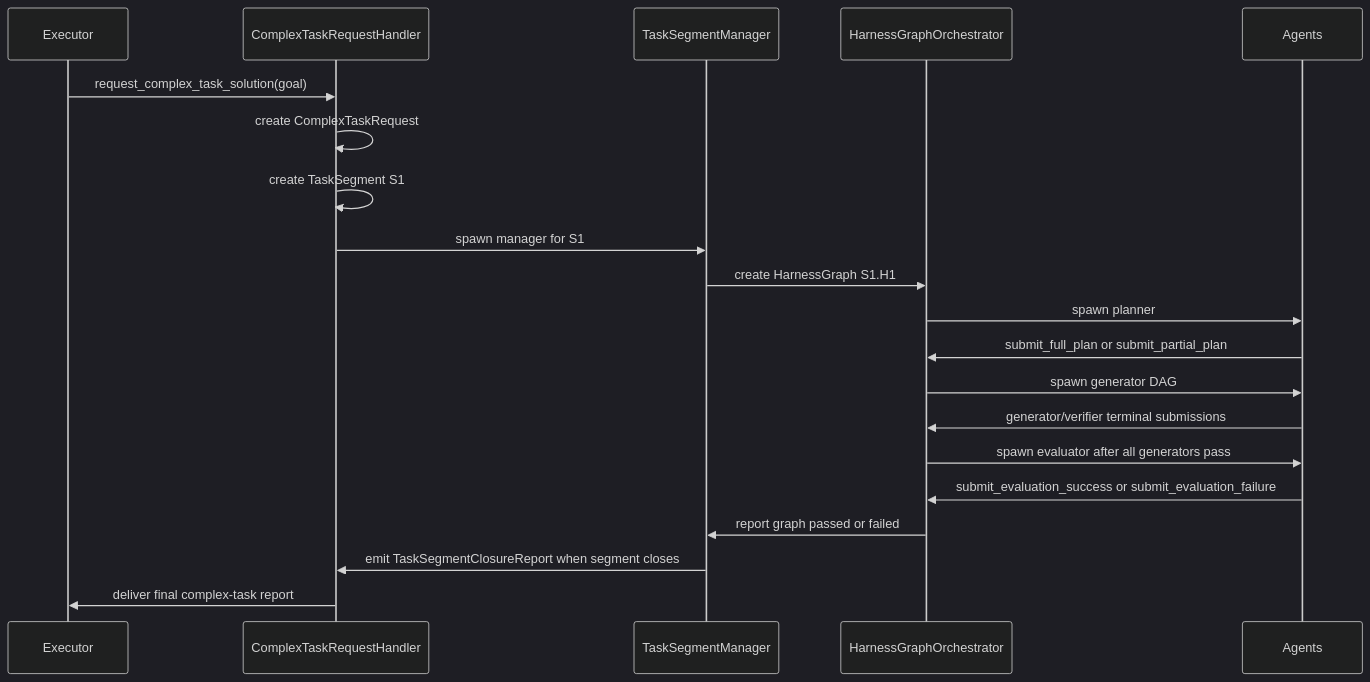
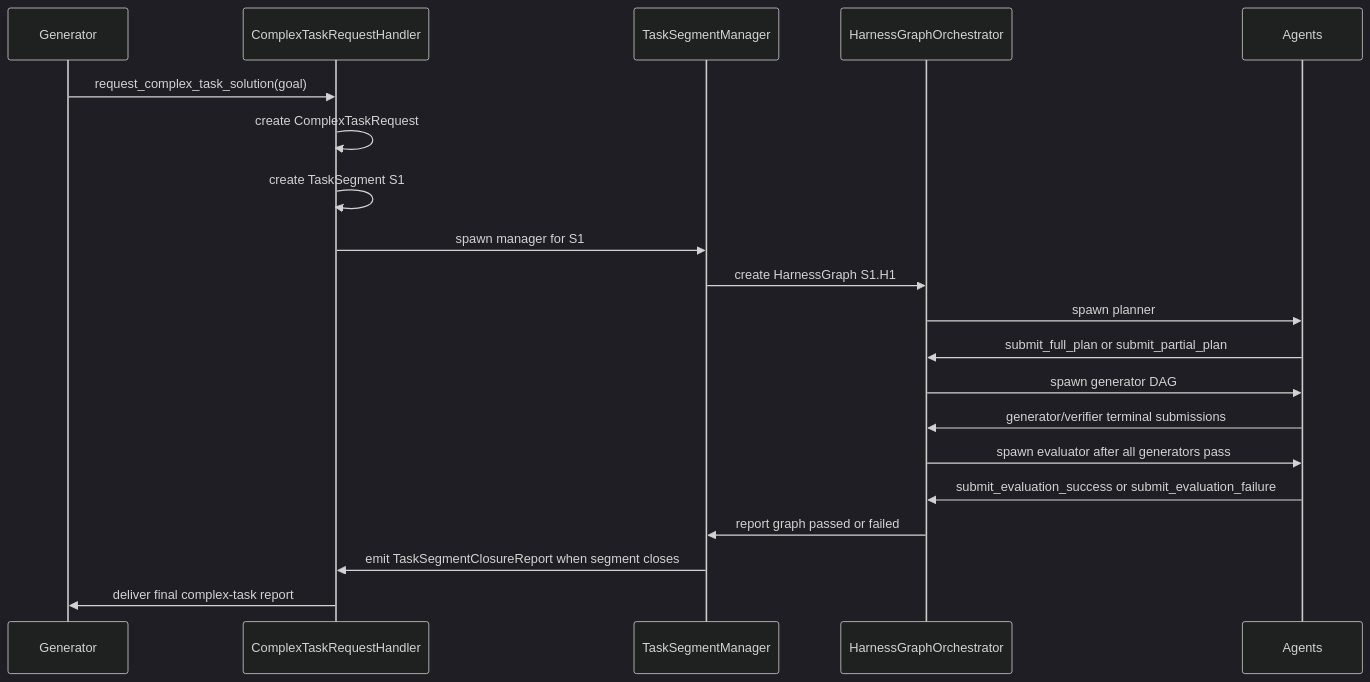
Before and after one commit to Ephemeral-AI-Lab/ephemeral-os: the second of 9 diagrams in docs/architecture/task-center-harness-migration/complex-task-workflow-overview.md, drawn with Mermaid (dark theme). The commit also changed other lines of this file and 25 other files, not shown here.

````diff
--- a/docs/architecture/task-center-harness-migration/complex-task-workflow-overview.md
+++ b/docs/architecture/task-center-harness-migration/complex-task-workflow-overview.md
@@ -54,23 +54,23 @@
 ```mermaid
 sequenceDiagram
-    participant E as Executor
+    participant E as Generator
     participant R as ComplexTaskRequestHandler
     participant S as TaskSegmentManager
     participant H as HarnessGraphOrchestrator
     participant A as Agents
 
     E->>R: request_complex_task_solution(goal)
     R->>R: create ComplexTaskRequest
     R->>R: create TaskSegment S1
     R->>S: spawn manager for S1
     S->>H: create HarnessGraph S1.H1
     H->>A: spawn planner
     A->>H: submit_full_plan or submit_partial_plan
     H->>A: spawn generator DAG
     A->>H: generator/verifier terminal submissions
     H->>A: spawn evaluator after all generators pass
     A->>H: submit_evaluation_success or submit_evaluation_failure
     H->>S: report graph passed or failed
     S->>R: emit TaskSegmentClosureReport when segment closes
     R->>E: deliver final complex-task report
 ```
````
